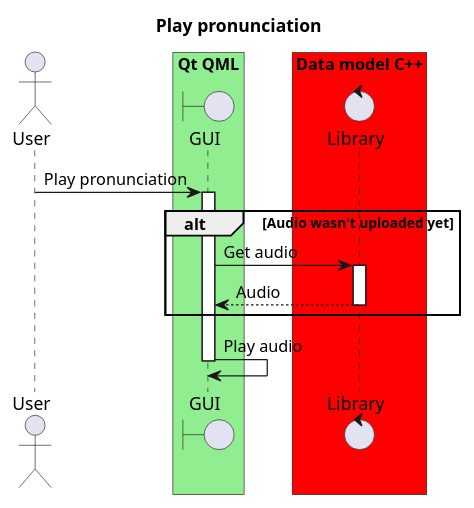
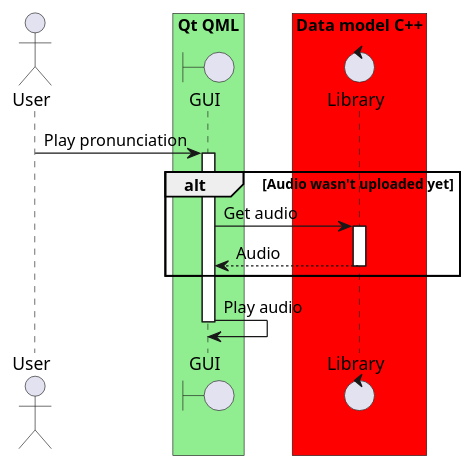
One commit to eliaseamus/lexis changed the diagram in docs/uml/play_pronunciation.puml. Above: the diagram before and after it, drawn with PlantUML. The commit also changed 13 other files, not shown here.

Commit message:
removed titles from uml diagrams

```diff
--- a/docs/uml/play_pronunciation.puml
+++ b/docs/uml/play_pronunciation.puml
@@ -1,26 +1,24 @@
 @startuml
-
-title Play pronunciation
 
 actor User as user
 
 box "Qt QML" #LightGreen
   boundary "GUI" as gui
 end box
 
 box "Data model C++" #Red
   control Library as lib
 end box
 
 user -> gui : Play pronunciation
 activate gui
 alt Audio wasn't uploaded yet
   gui -> lib : Get audio
   activate lib
   lib --> gui : Audio
   deactivate lib
 end
 gui -> gui : Play audio
 deactivate gui
 
 @enduml
```
